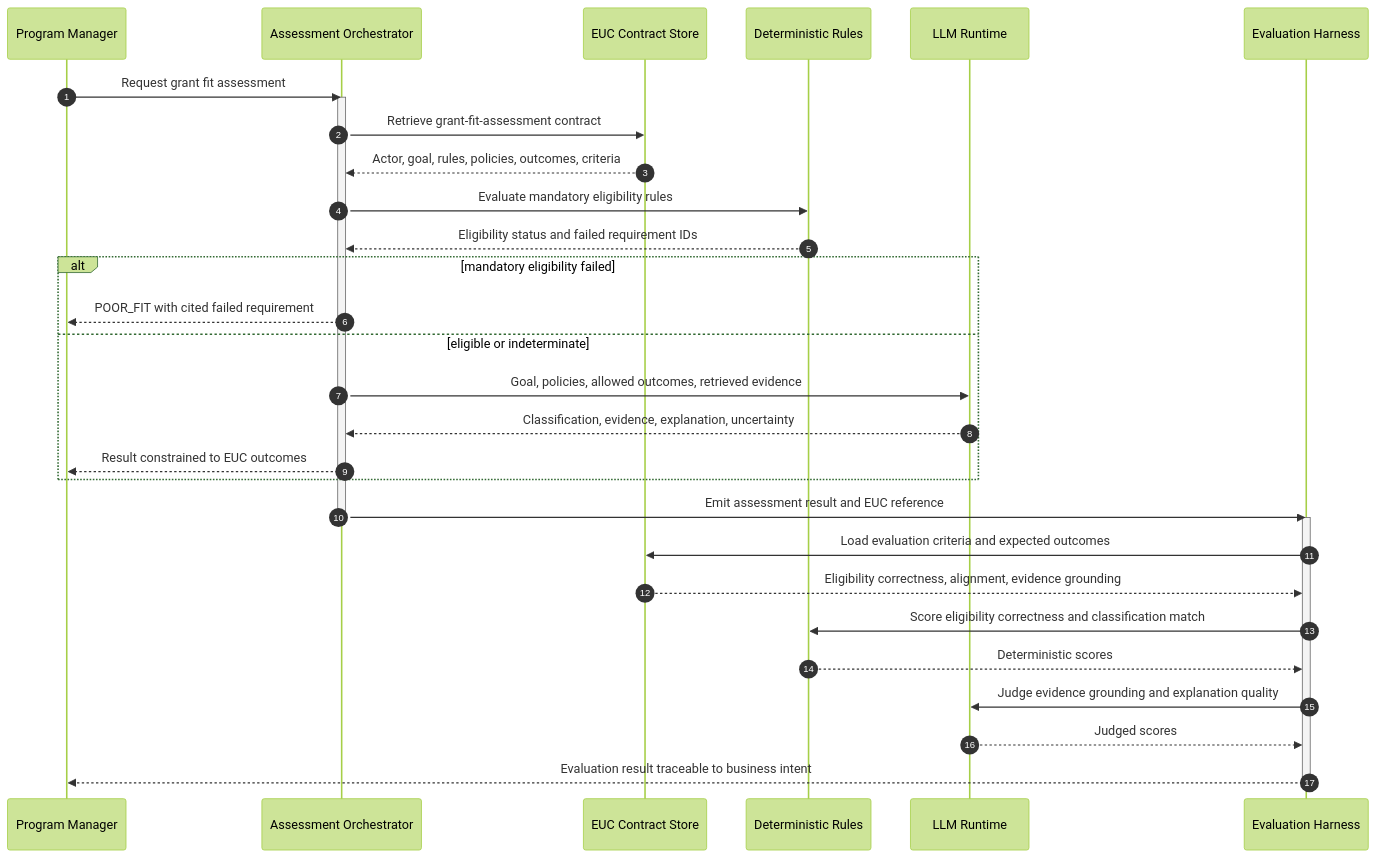
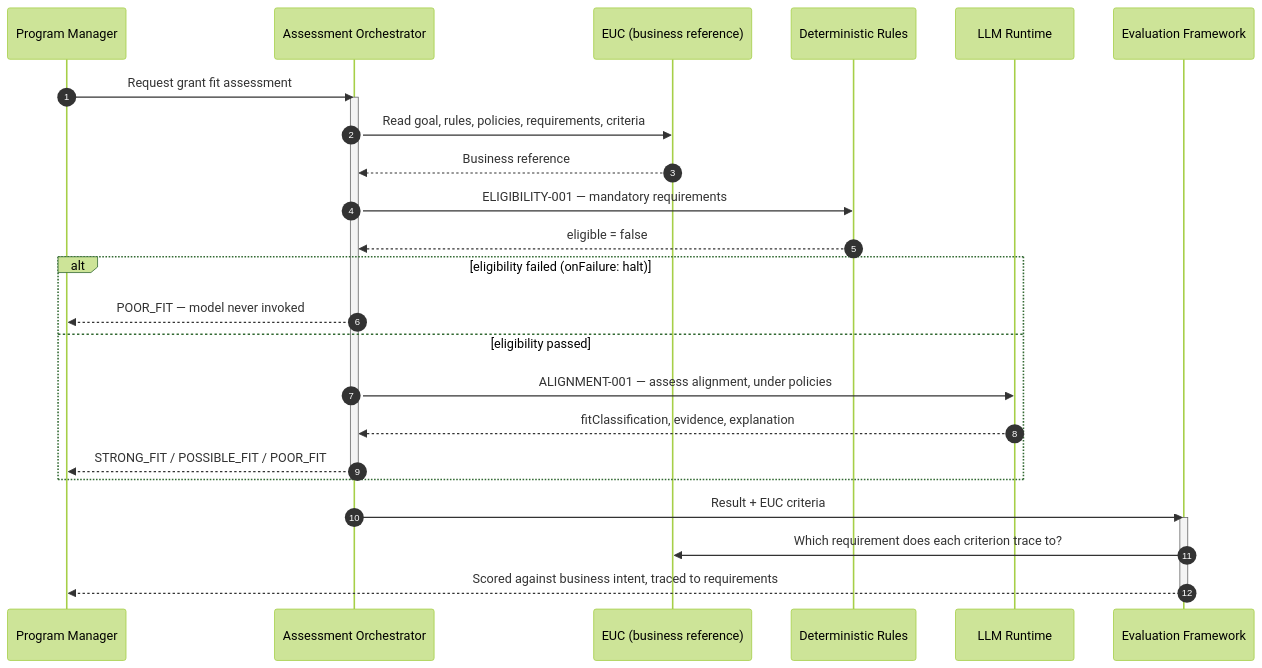
One commit to basarim/infoq-capstone-euc changed the second of 4 diagrams in docs/proposal.md. Above: the diagram before and after it, drawn with Mermaid (forest theme). The commit also changed other lines of this file and 4 other files, not shown here.

````diff
--- a/docs/proposal.md
+++ b/docs/proposal.md
@@ -362,38 +359,33 @@
 ```mermaid
 sequenceDiagram
     autonumber
     participant PM as Program Manager
     participant Orch as Assessment Orchestrator
-    participant EUC as EUC Contract Store
+    participant EUC as EUC (business reference)
     participant Rules as Deterministic Rules
     participant LLM as LLM Runtime
-    participant Harness as Evaluation Harness
+    participant Eval as Evaluation Framework
 
     PM->>Orch: Request grant fit assessment
     activate Orch
-    Orch->>EUC: Retrieve grant-fit-assessment contract
-    EUC-->>Orch: Actor, goal, rules, policies, outcomes, criteria
+    Orch->>EUC: Read goal, rules, policies, requirements, criteria
+    EUC-->>Orch: Business reference
 
-    Orch->>Rules: Evaluate mandatory eligibility rules
-    Rules-->>Orch: Eligibility status and failed requirement IDs
+    Orch->>Rules: ELIGIBILITY-001 — mandatory requirements
+    Rules-->>Orch: eligible = false
 
-    alt mandatory eligibility failed
-        Orch-->>PM: POOR_FIT with cited failed requirement
-    else eligible or indeterminate
-        Orch->>LLM: Goal, policies, allowed outcomes, retrieved evidence
-        LLM-->>Orch: Classification, evidence, explanation, uncertainty
-        Orch-->>PM: Result constrained to EUC outcomes
+    alt eligibility failed (onFailure: halt)
+        Orch-->>PM: POOR_FIT — model never invoked
+    else eligibility passed
+        Orch->>LLM: ALIGNMENT-001 — assess alignment, under policies
+        LLM-->>Orch: fitClassification, evidence, explanation
+        Orch-->>PM: STRONG_FIT / POSSIBLE_FIT / POOR_FIT
     end
+    deactivate Orch
 
-    Orch->>Harness: Emit assessment result and EUC reference
-    deactivate Orch
-    activate Harness
-    Harness->>EUC: Load evaluation criteria and expected outcomes
-    EUC-->>Harness: Eligibility correctness, alignment, evidence grounding
-    Harness->>Rules: Score eligibility correctness and classification match
-    Rules-->>Harness: Deterministic scores
-    Harness->>LLM: Judge evidence grounding and explanation quality
-    LLM-->>Harness: Judged scores
-    Harness-->>PM: Evaluation result traceable to business intent
-    deactivate Harness
+    Orch->>Eval: Result + EUC criteria
+    activate Eval
+    Eval->>EUC: Which requirement does each criterion trace to?
+    Eval-->>PM: Scored against business intent, traced to requirements
+    deactivate Eval
 ```
````
